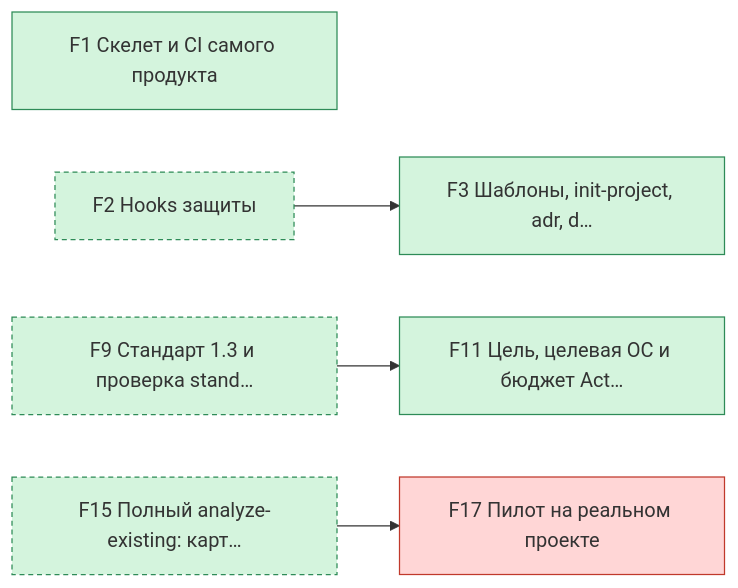
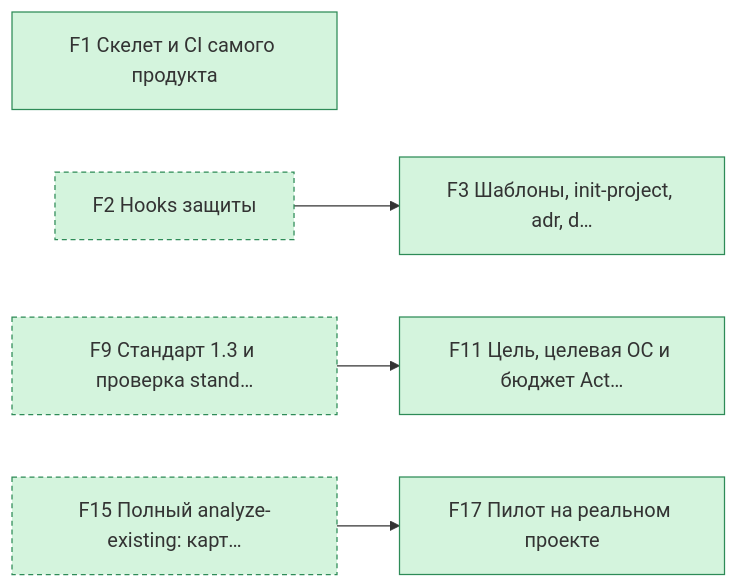
One commit to pete-doc/project-architect changed the first of 6 diagrams in state/STATUS.md. Above: the diagram before and after it, drawn with Mermaid. The commit also changed other lines of this file and 2 other files, not shown here.

````diff
--- a/state/STATUS.md
+++ b/state/STATUS.md
@@ -38,21 +38,20 @@
 ```mermaid
 graph LR
   F1["F1 Скелет и CI самого продукта"]
   F3["F3 Шаблоны, init-project, adr, d…"]
   F11["F11 Цель, целевая ОС и бюджет Act…"]
   F17["F17 Пилот на реальном проекте"]
   F2["F2 Hooks защиты"]
   F9["F9 Стандарт 1.3 и проверка stand…"]
   F15["F15 Полный analyze-existing: карт…"]
   F2 --> F3
   F9 --> F11
   F15 --> F17
   classDef done fill:#d4f4dd,stroke:#2e8b57
   classDef work fill:#fff3c4,stroke:#c79100
   classDef blocked fill:#ffd6d6,stroke:#c0392b
   classDef later fill:#eeeeee,stroke:#999999
   classDef outside stroke-dasharray: 4 3
-  class F1,F3,F11,F2,F9,F15 done
-  class F17 blocked
+  class F1,F3,F11,F17,F2,F9,F15 done
   class F2,F9,F15 outside
 ```
````
